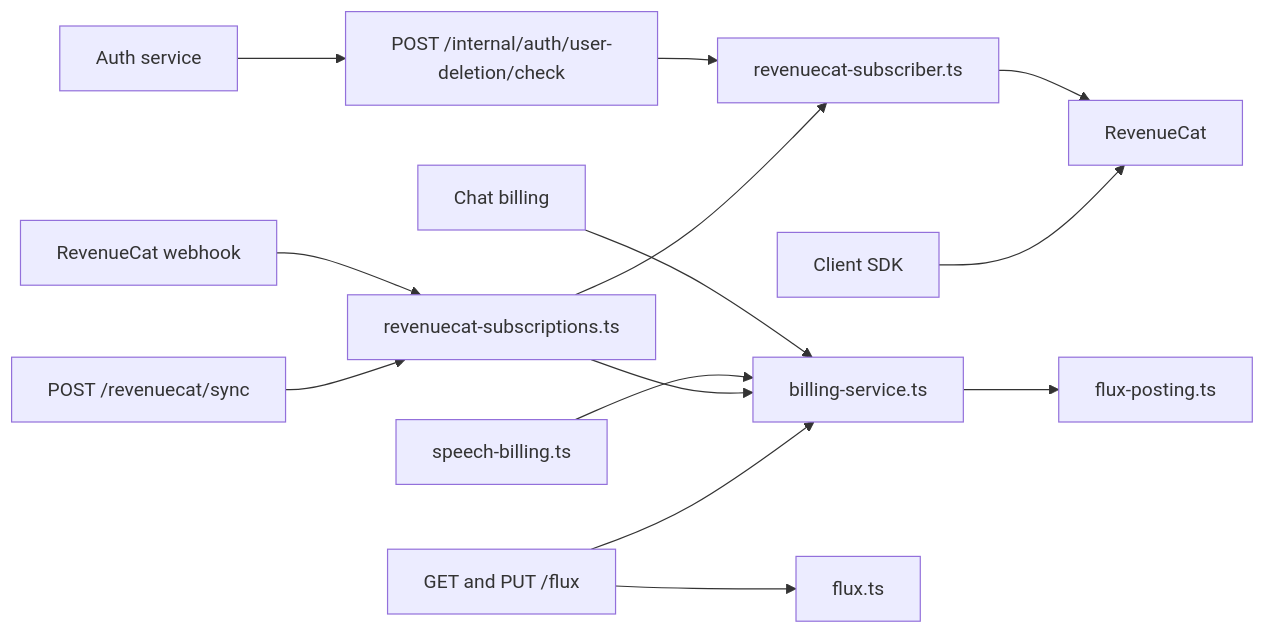
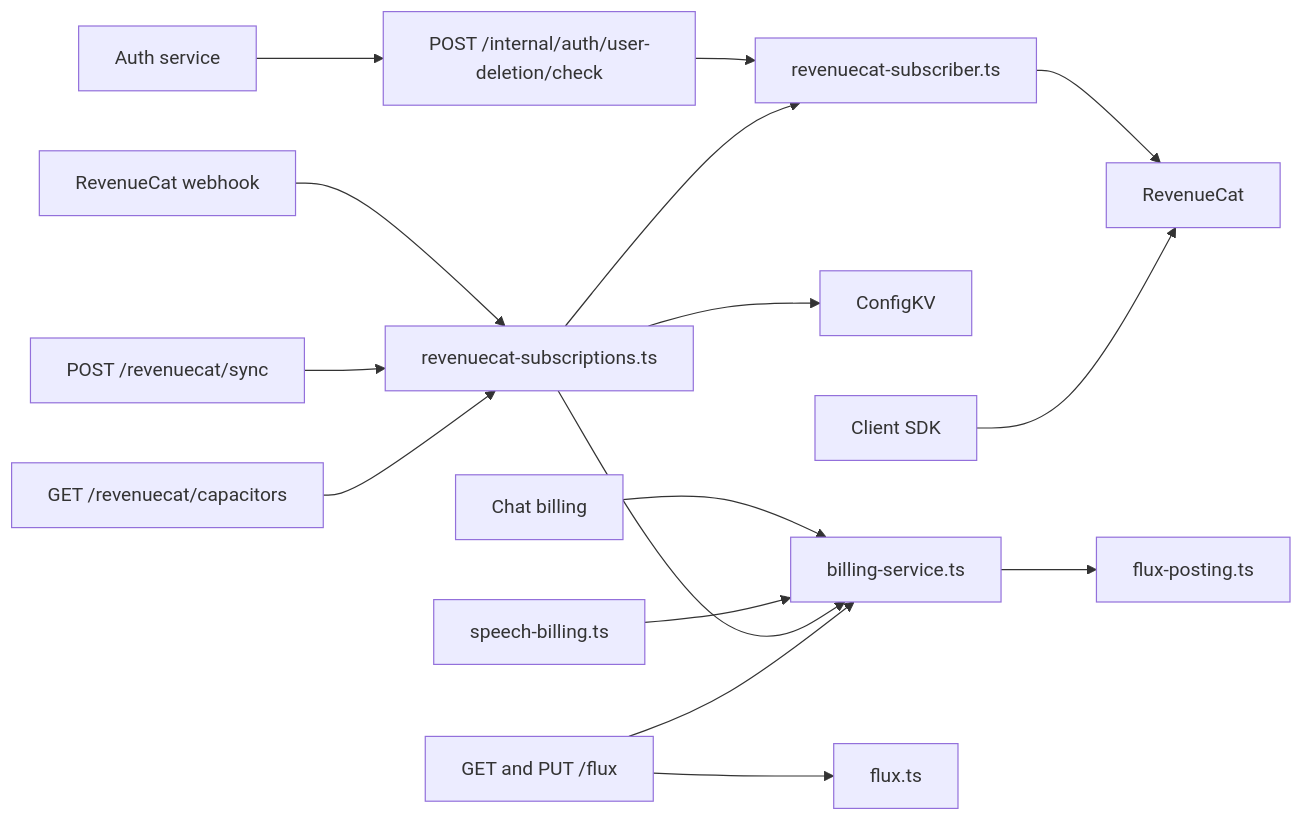
One commit to moeru-ai/airi changed the first of 2 diagrams in server/docs/ai/adr/2026-10-04-subscription-credits.md. Above: the diagram before and after it, drawn with Mermaid. The commit also changed other lines of this file and 12 other files, not shown here.

````diff
--- a/server/docs/ai/adr/2026-10-04-subscription-credits.md
+++ b/server/docs/ai/adr/2026-10-04-subscription-credits.md
@@ -183,16 +184,18 @@
 ```mermaid
 flowchart LR
   Chat[Chat billing] --> Billing[billing-service.ts]
   Speech[speech-billing.ts] --> Billing
   Billing --> Posting[flux-posting.ts]
   Webhook[RevenueCat webhook] --> Sync["revenuecat-subscriptions.ts"]
   SyncRoute["POST /revenuecat/sync"] --> Sync
+  CatalogRoute["GET /revenuecat/capacitors"] --> Sync
+  Sync --> ConfigKV["ConfigKV"]
   Auth[Auth service] --> Check["POST /internal/auth/user-deletion/check"]
   Check --> Reader
   Sync --> Reader["revenuecat-subscriber.ts"]
   Reader --> RC[RevenueCat]
   Sync --> Billing
   Client[Client SDK] --> RC
   FluxRoute["GET and PUT /flux"] --> Billing
   FluxRoute --> FluxService[flux.ts]
 ```
````
